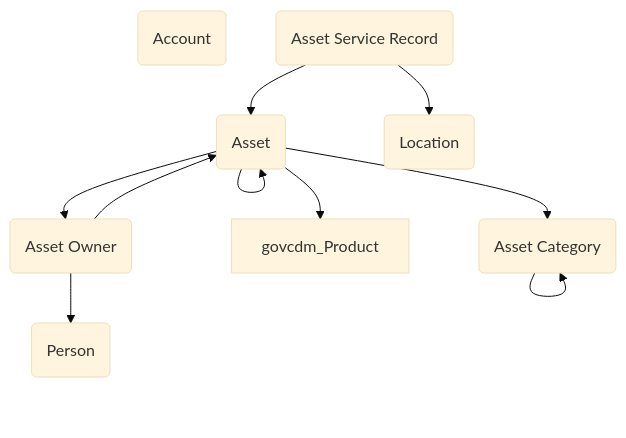
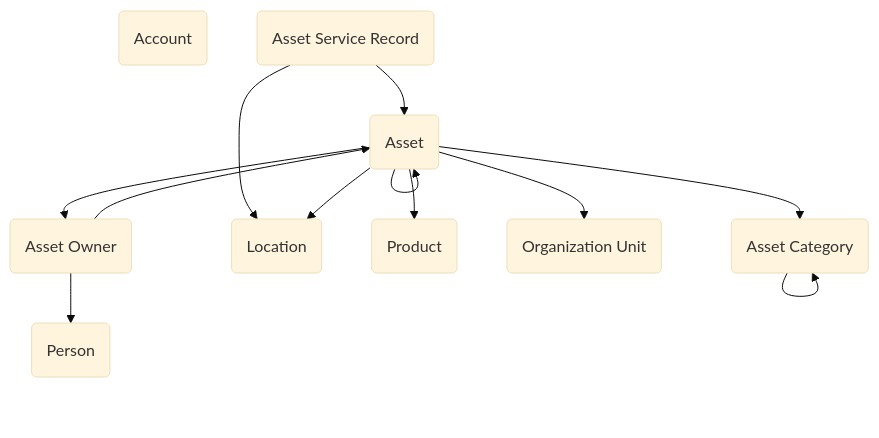
The diagram in _data_models/asset-management.md (microsoft/gov-solutions), drawn with Mermaid (base theme) before and after one commit. The commit also changed other lines of this file and 5 other files, not shown here.

````diff
--- a/_data_models/asset-management.md
+++ b/_data_models/asset-management.md
@@ -27,20 +27,24 @@
 ```mermaid
 graph TD
   Account(Account)
   Contact(Person)
   govcdm_Asset(Asset)
   govcdm_assetcategory(Asset Category)
   govcdm_AssetOwner(Asset Owner)
   govcdm_AssetServiceRecord(Asset Service Record)
   govcdm_Location(Location)
+  govcdm_Product(Product)
+  govcdm_OrganizationUnit(Organization Unit)
   govcdm_AssetOwner --> Contact
   govcdm_Asset --> govcdm_Asset
   govcdm_AssetOwner --> govcdm_Asset
   govcdm_AssetServiceRecord --> govcdm_Asset
   govcdm_Asset --> govcdm_assetcategory
   govcdm_assetcategory --> govcdm_assetcategory
   govcdm_Asset --> govcdm_AssetOwner
   govcdm_AssetServiceRecord --> govcdm_Location
+  govcdm_Asset --> govcdm_Location
+  govcdm_Asset --> govcdm_OrganizationUnit
   govcdm_Asset --> govcdm_Product
 
 ```
````
